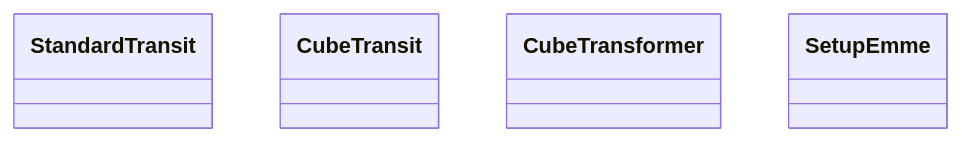
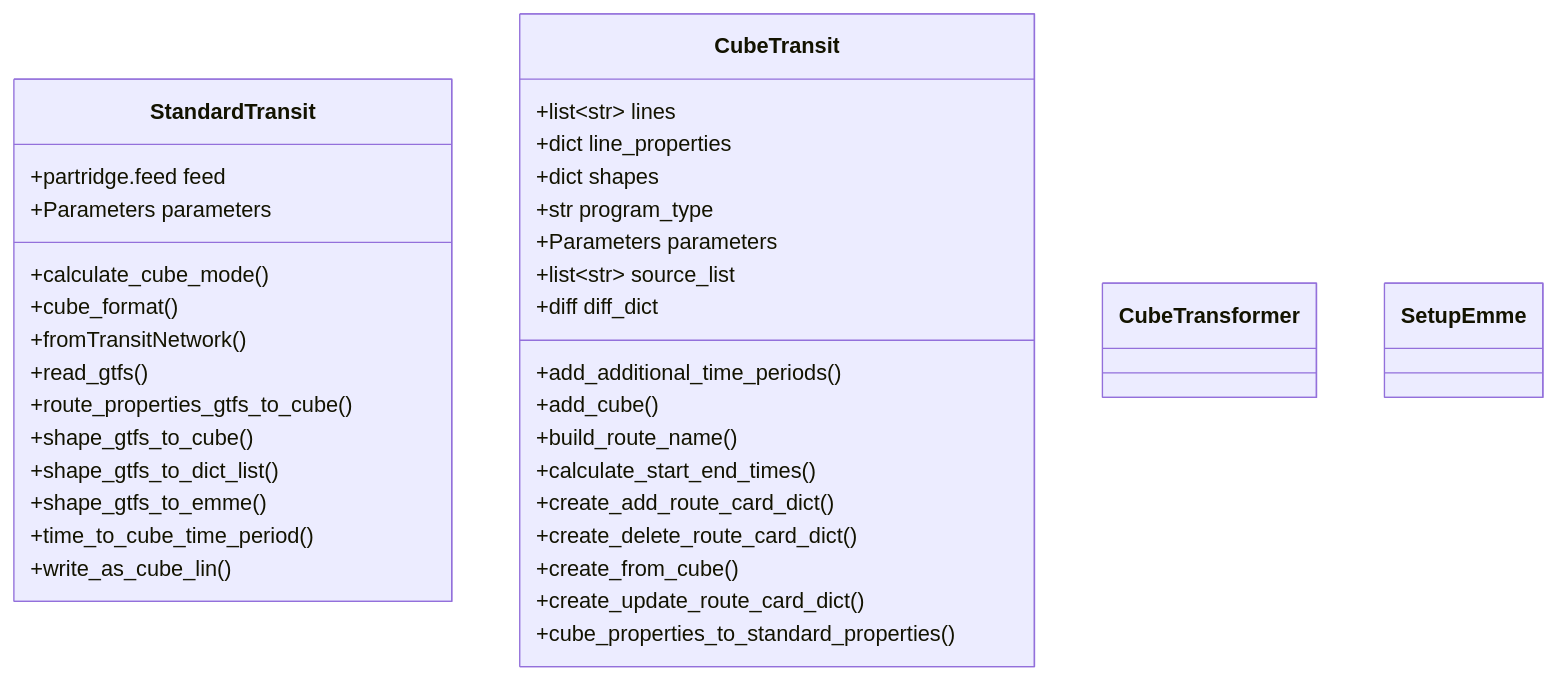
Before and after one commit to BayAreaMetro/network_wrangler: the third of 3 diagrams in architecture.md, drawn with Mermaid. The commit also changed other lines of this file, not shown here.

````diff
--- a/architecture.md
+++ b/architecture.md
@@ -141,18 +142,46 @@
 ```mermaid
 classDiagram
   class StandardTransit {
+   +partridge.feed feed
+   +Parameters parameters
+   +calculate_cube_mode()
+   +cube_format()
+   +fromTransitNetwork()
+   +read_gtfs()
+   +route_properties_gtfs_to_cube()
+   +shape_gtfs_to_cube()
+   +shape_gtfs_to_dict_list()
+   +shape_gtfs_to_emme()
+   +time_to_cube_time_period()
+   +write_as_cube_lin()
   }
   link StandardTransit "https://bayareametro.github.io/Lasso/_generated/lasso.StandardTransit/#lasso.StandardTransit" "lasso.StandardTransit"
   
   class CubeTransit {
+    +list~str~ lines
+    +dict line_properties
+    +dict shapes
+    +str program_type
+    +Parameters parameters
+    +list~str~ source_list
+    +diff diff_dict
+    +add_additional_time_periods()
+    +add_cube()
+    +build_route_name()
+    +calculate_start_end_times()
+    +create_add_route_card_dict()
+    +create_delete_route_card_dict()
+    +create_from_cube()
+    +create_update_route_card_dict()
+    +cube_properties_to_standard_properties()
   }
   link CubeTransit "https://bayareametro.github.io/Lasso/_generated/lasso.CubeTransit/#lasso.CubeTransit" "lasso.CubeTransit"
 
   class CubeTransformer {
   }
   link CubeTransformer "https://bayareametro.github.io/Lasso/_generated/lasso.CubeTransformer/#lasso.CubeTransformer" "lasso.CubeTransformer"
 
   class SetupEmme {
   }
   link SetupEmme "https://bayareametro.github.io/Lasso/_generated/lasso.SetupEmme/#lasso.SetupEmme" "lasso.SetupEmme"
 ```
````
